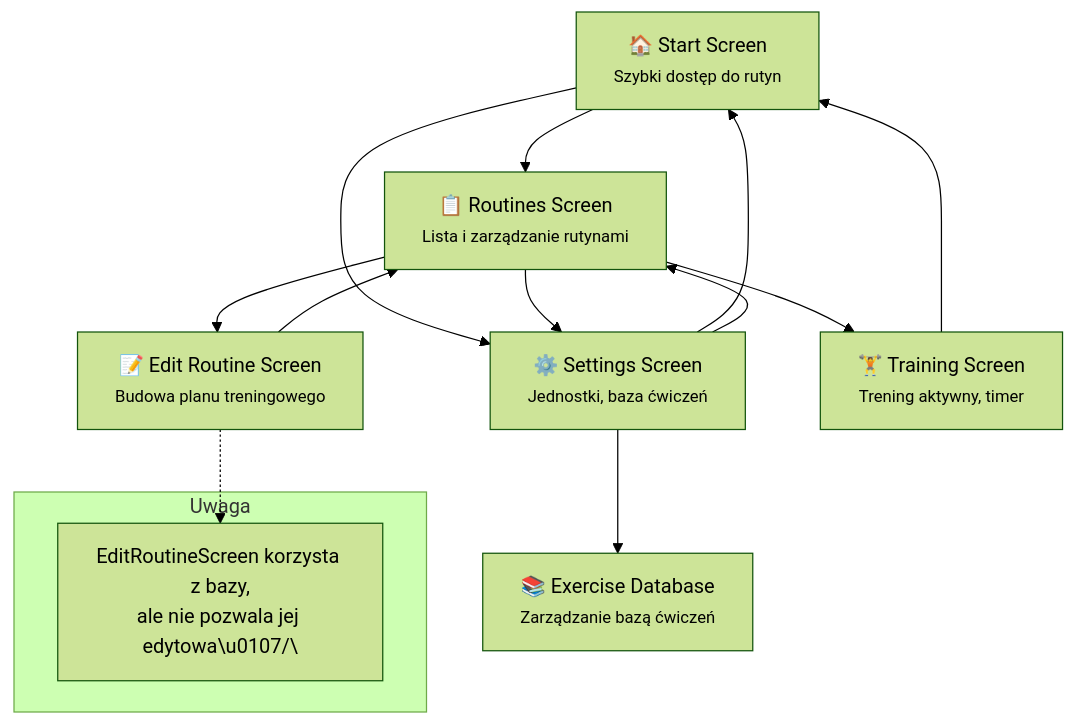
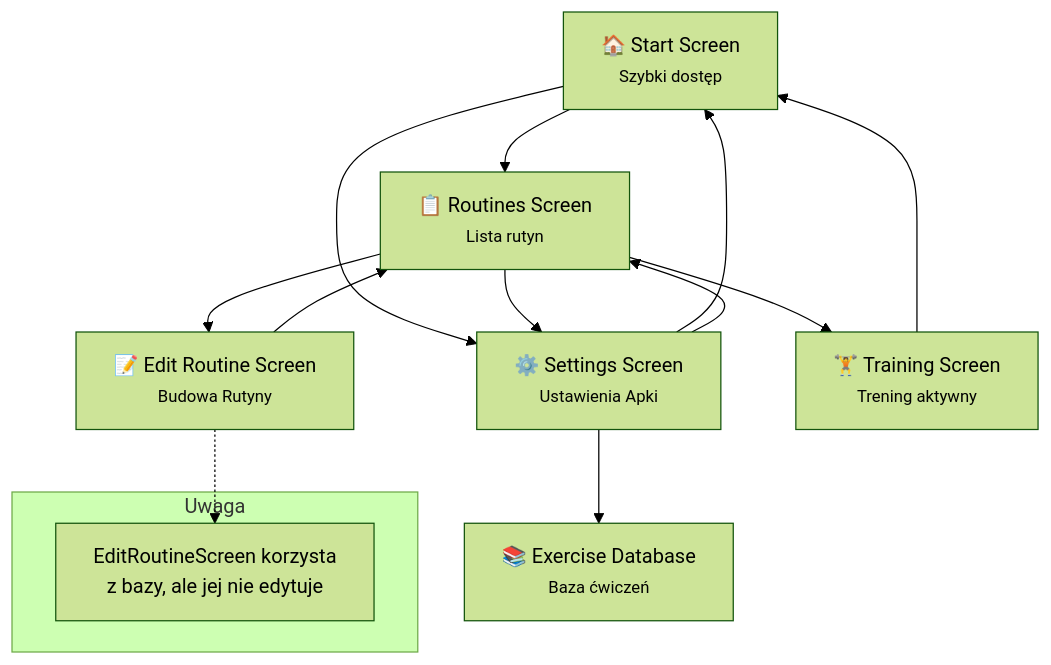
Before and after one commit to Ramigiusz/GymApp: the diagram in README.md, drawn with Mermaid (forest theme).

````diff
--- a/README.md
+++ b/README.md
@@ -63,31 +63,31 @@
 ```mermaid
 flowchart TD
     %% Ekrany główne
-    Start["🏠 Start Screen<br/><small>Szybki dostęp do rutyn</small>"]
-    Settings["⚙️ Settings Screen<br/><small>Jednostki, baza ćwiczeń</small>"]
-    Routines["📋 Routines Screen<br/><small>Lista i zarządzanie rutynami</small>"]
-    EditRoutine["📝 Edit Routine Screen<br/><small>Budowa planu treningowego</small>"]
-    Training["🏋️ Training Screen<br/><small>Trening aktywny, timer</small>"]
-    ExerciseDB["📚 Exercise Database<br/><small>Zarządzanie bazą ćwiczeń</small>"]
+    Start["🏠 Start Screen<br/><small>Szybki dostęp </small>"]
+    Settings["⚙️ Settings Screen<br/><small>Ustawienia Apki</small>"]
+    Routines["📋 Routines Screen<br/><small>Lista rutyn</small>"]
+    EditRoutine["📝 Edit Routine Screen<br/><small>Budowa Rutyny</small>"]
+    Training["🏋️ Training Screen<br/><small>Trening aktywny</small>"]
+    ExerciseDB["📚 Exercise Database<br/><small>Baza ćwiczeń</small>"]
 
     %% Nawigacja główna
     Start --> Routines
     Start --> Settings
 
     Settings --> ExerciseDB
     Settings --> Start
     Settings --> Routines
 
     Routines --> EditRoutine
     Routines --> Training
     Routines --> Settings
 
     EditRoutine --> Routines
     Training --> Start
 
     %% Przypis do EditRoutine
     subgraph Uwaga
-        Note1["EditRoutineScreen korzysta z bazy,<br/>ale nie pozwala jej edytowa\u0107/\"]
+        Note1["EditRoutineScreen korzysta<br/>z bazy, ale jej nie edytuje"]
     end
     EditRoutine -.-> Note1
 ```
````
